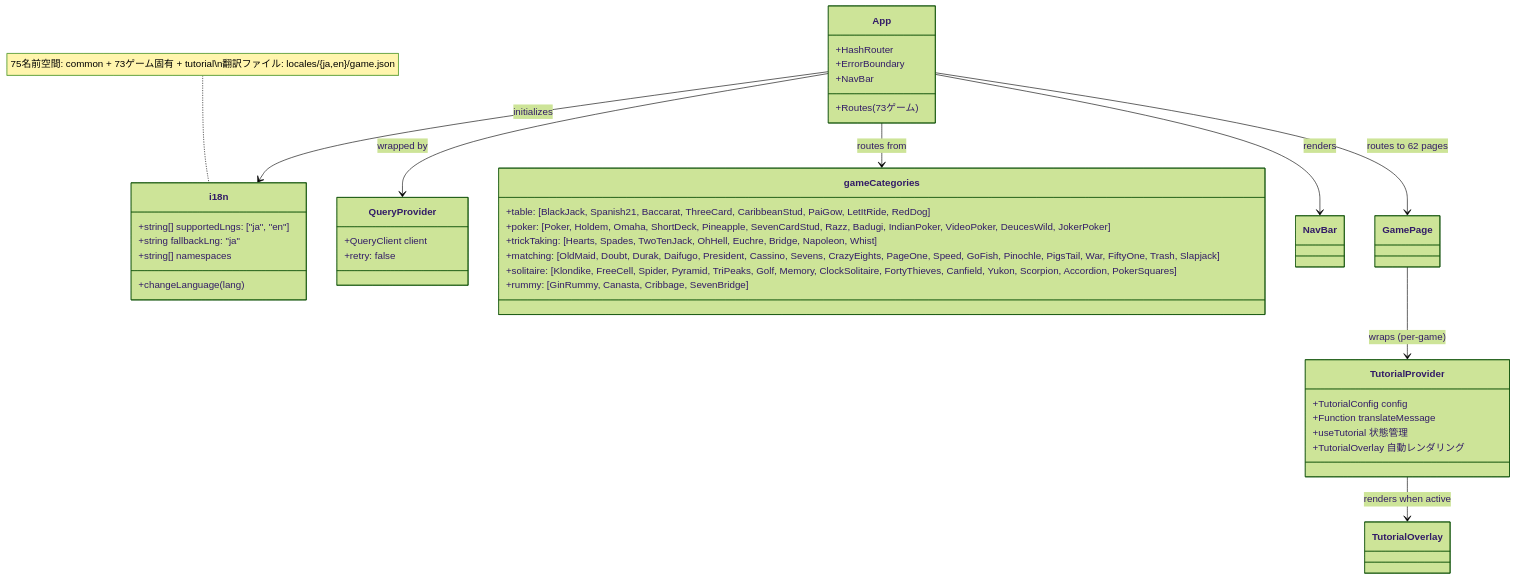
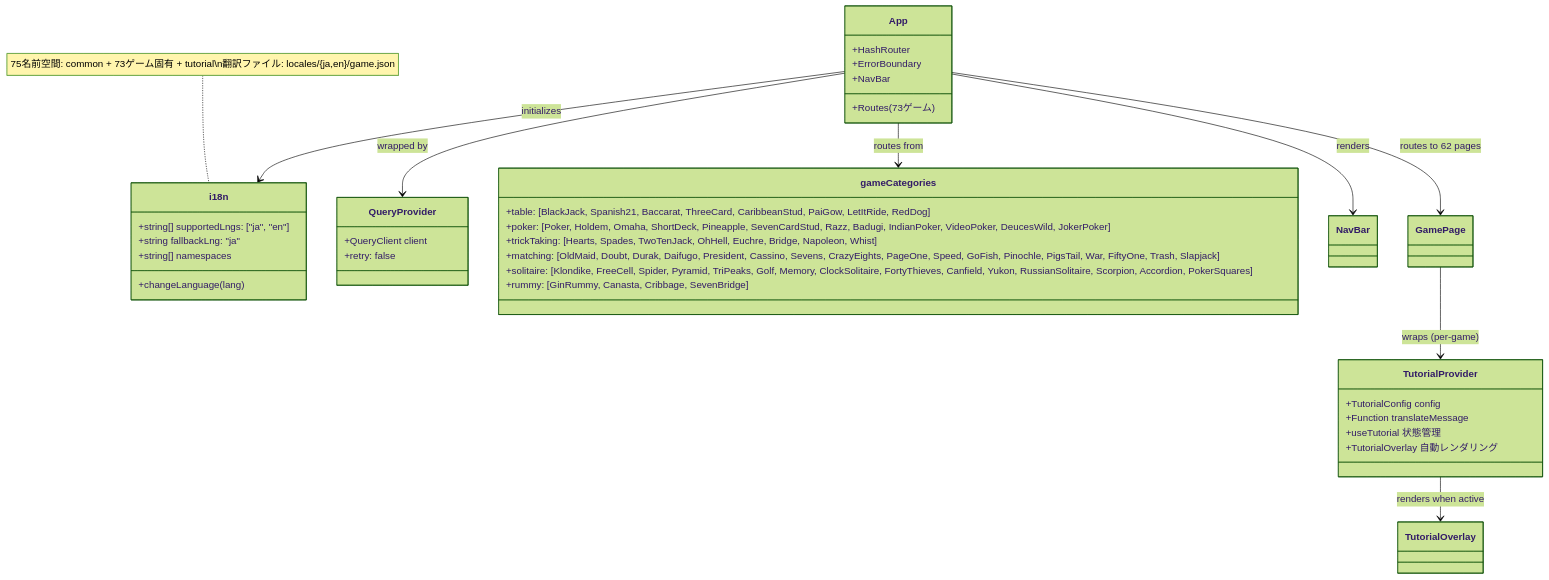
The ninth of 40 diagrams in docs/design/frontend.md (yuta-yoshinaga/go_trumpcards), drawn with Mermaid (forest theme) before and after one commit. The commit also changed other lines of this file and 1 other file, not shown here.

First line of the commit message:
docs(russiansolitaire): add UML diagrams to backend.md and frontend.md

````diff
--- a/docs/design/frontend.md
+++ b/docs/design/frontend.md
@@ -1824,47 +1856,47 @@
 ```mermaid
 classDiagram
     class i18n {
         +string[] supportedLngs: ["ja", "en"]
         +string fallbackLng: "ja"
         +string[] namespaces
         +changeLanguage(lang)
     }
 
     class QueryProvider {
         +QueryClient client
         +retry: false
     }
 
     class App {
         +HashRouter
         +ErrorBoundary
         +NavBar
         +Routes (73ゲーム)
     }
 
     class gameCategories {
         +table: [BlackJack, Spanish21, Baccarat, ThreeCard, CaribbeanStud, PaiGow, LetItRide, RedDog]
         +poker: [Poker, Holdem, Omaha, ShortDeck, Pineapple, SevenCardStud, Razz, Badugi, IndianPoker, VideoPoker, DeucesWild, JokerPoker]
         +trickTaking: [Hearts, Spades, TwoTenJack, OhHell, Euchre, Bridge, Napoleon, Whist]
         +matching: [OldMaid, Doubt, Durak, Daifugo, President, Cassino, Sevens, CrazyEights, PageOne, Speed, GoFish, Pinochle, PigsTail, War, FiftyOne, Trash, Slapjack]
-        +solitaire: [Klondike, FreeCell, Spider, Pyramid, TriPeaks, Golf, Memory, ClockSolitaire, FortyThieves, Canfield, Yukon, Scorpion, Accordion, PokerSquares]
+        +solitaire: [Klondike, FreeCell, Spider, Pyramid, TriPeaks, Golf, Memory, ClockSolitaire, FortyThieves, Canfield, Yukon, RussianSolitaire, Scorpion, Accordion, PokerSquares]
         +rummy: [GinRummy, Canasta, Cribbage, SevenBridge]
     }
 
     class TutorialProvider {
         +TutorialConfig config
         +Function translateMessage
         +useTutorial 状態管理
         +TutorialOverlay 自動レンダリング
     }
 
     App --> QueryProvider : wrapped by
     App --> i18n : initializes
     App --> gameCategories : routes from
     App --> NavBar : renders
     App --> GamePage : routes to 62 pages
     GamePage --> TutorialProvider : wraps (per-game)
     TutorialProvider --> TutorialOverlay : renders when active
 
     note for i18n "75名前空間: common + 73ゲーム固有 + tutorial\n翻訳ファイル: locales/{ja,en}/game.json"
 ```
````
